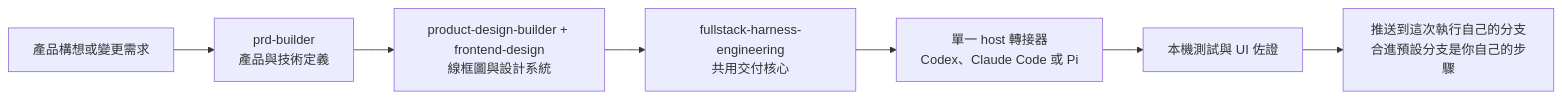
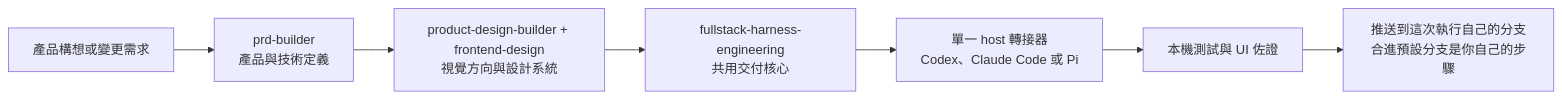
The first of 2 diagrams in README.zh-TW.md (Phlegonlabs/product-delivery-harness), drawn with Mermaid before and after one commit. The commit also changed other lines of this file and 63 other files, not shown here.

````diff
--- a/README.zh-TW.md
+++ b/README.zh-TW.md
@@ -68,9 +68,9 @@
 ```mermaid
 flowchart LR
   Idea["產品構想或變更需求"] --> PRD["prd-builder\n產品與技術定義"]
-  PRD --> Design["product-design-builder + frontend-design\n線框圖與設計系統"]
+  PRD --> Design["product-design-builder + frontend-design\n視覺方向與設計系統"]
   Design --> Harness["fullstack-harness-engineering\n共用交付核心"]
   Harness --> Runtime["單一 host 轉接器\nCodex、Claude Code 或 Pi"]
   Runtime --> Evidence["本機測試與 UI 佐證"]
   Evidence --> Push["推送到這次執行自己的分支\n合進預設分支是你自己的步驟"]
 ```
````
